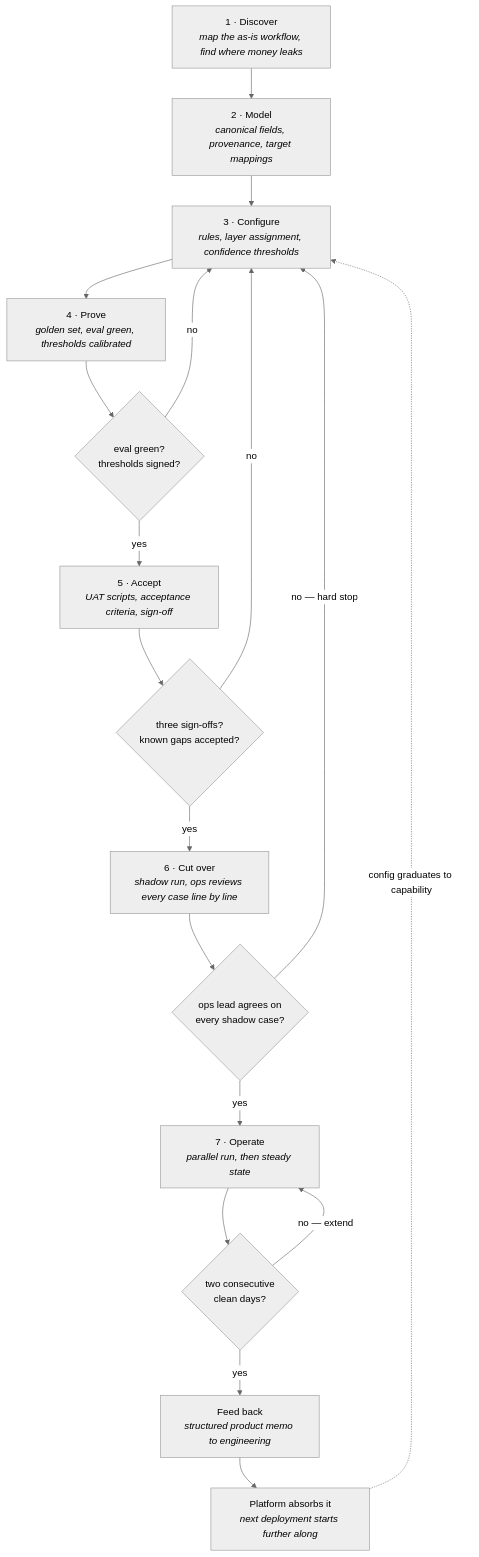
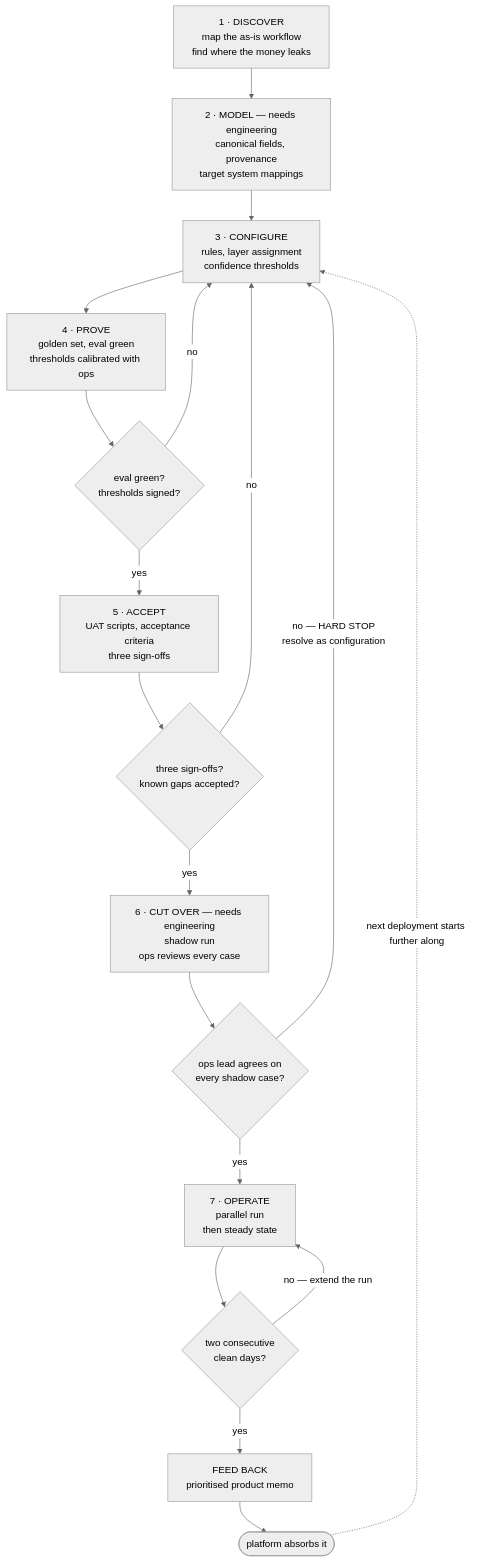
The second of 2 diagrams in docs/00-deployment-method.md (lucaschatham/commodityai-fde-work-sample), drawn with Mermaid (neutral theme) before and after one commit. The commit also changed other lines of this file and 1 other file, not shown here.

First line of the commit message:
docs: add end-to-end customer arc around the deployment lane

````diff
--- a/docs/00-deployment-method.md
+++ b/docs/00-deployment-method.md
@@ -14,28 +115,28 @@
 ```mermaid
 flowchart TB
-    D["1 · Discover<br/><i>map the as-is workflow, find where money leaks</i>"]
-    M["2 · Model<br/><i>canonical fields, provenance, target mappings</i>"]
-    C["3 · Configure<br/><i>rules, layer assignment, confidence thresholds</i>"]
-    P["4 · Prove<br/><i>golden set, eval green, thresholds calibrated</i>"]
-    A["5 · Accept<br/><i>UAT scripts, acceptance criteria, sign-off</i>"]
-    X["6 · Cut over<br/><i>shadow run, ops reviews every case line by line</i>"]
-    O["7 · Operate<br/><i>parallel run, then steady state</i>"]
-    F["Feed back<br/><i>structured product memo to engineering</i>"]
-    PLAT["Platform absorbs it<br/><i>next deployment starts further along</i>"]
+    D["1 · DISCOVER<br/>map the as-is workflow<br/>find where the money leaks"]
+    M["2 · MODEL — needs engineering<br/>canonical fields, provenance<br/>target system mappings"]
+    C["3 · CONFIGURE<br/>rules, layer assignment<br/>confidence thresholds"]
+    P["4 · PROVE<br/>golden set, eval green<br/>thresholds calibrated with ops"]
+    A["5 · ACCEPT<br/>UAT scripts, acceptance criteria<br/>three sign-offs"]
+    X["6 · CUT OVER — needs engineering<br/>shadow run<br/>ops reviews every case"]
+    O["7 · OPERATE<br/>parallel run<br/>then steady state"]
+    F["FEED BACK<br/>prioritised product memo"]
+    PL(["platform absorbs it"])
 
     D --> M --> C --> P
     P --> G1{"eval green?<br/>thresholds signed?"}
-    G1 -- no --> C
-    G1 -- yes --> A
+    G1 -->|no| C
+    G1 -->|yes| A
     A --> G2{"three sign-offs?<br/>known gaps accepted?"}
-    G2 -- no --> C
-    G2 -- yes --> X
+    G2 -->|no| C
+    G2 -->|yes| X
     X --> G3{"ops lead agrees on<br/>every shadow case?"}
-    G3 -- "no — hard stop" --> C
-    G3 -- yes --> O
+    G3 -->|"no — HARD STOP<br/>resolve as configuration"| C
+    G3 -->|yes| O
     O --> G4{"two consecutive<br/>clean days?"}
-    G4 -- "no — extend" --> O
-    G4 -- yes --> F
-    F --> PLAT
-    PLAT -.->|"config graduates to capability"| C
+    G4 -->|"no — extend the run"| O
+    G4 -->|yes| F
+    F --> PL
+    PL -.->|"next deployment starts further along"| C
 ```
````
